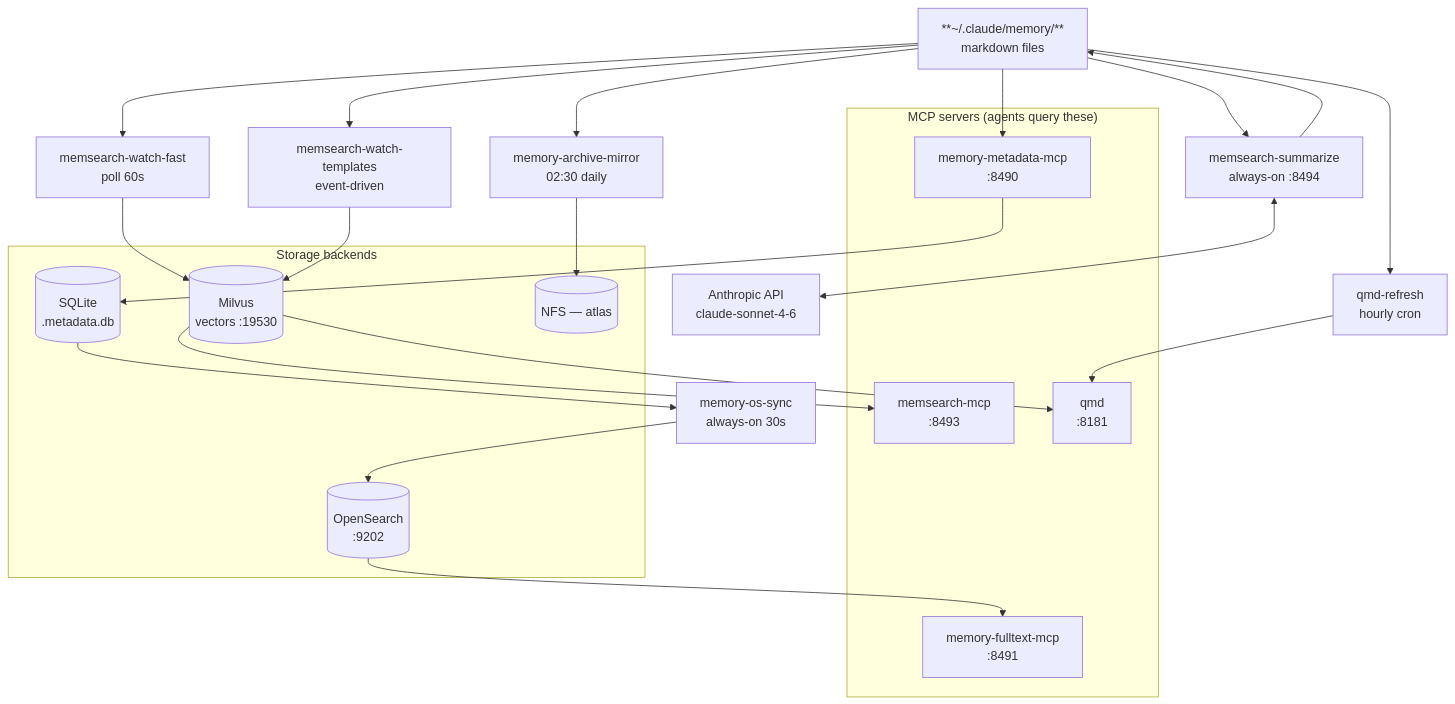
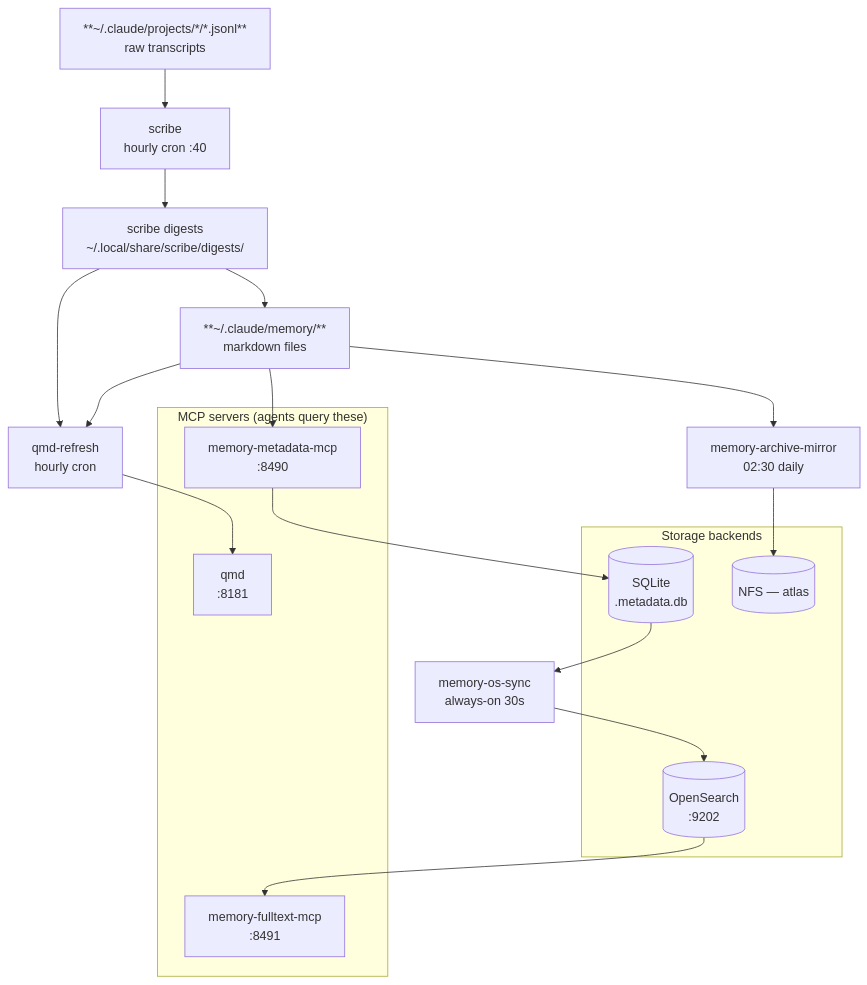
Before and after one commit to TadMSTR/homelab-agent: the second of 2 diagrams in docs/components/memory/memory-services.md, drawn with Mermaid. The commit also changed other lines of this file and 11 other files, not shown here.

First line of the commit message:
docs(memory): retirement sweep for memsearch/Milvus (retired 2026-09-17)

````diff
--- a/docs/components/memory/memory-services.md
+++ b/docs/components/memory/memory-services.md
@@ -184,41 +140,34 @@
 ```mermaid
 flowchart TD
+    transcripts["**~/.claude/projects/*/*.jsonl**\nraw transcripts"]
     files["**~/.claude/memory/**\nmarkdown files"]
 
-    files --> summarize["memsearch-summarize\nalways-on :8494"]
-    summarize <--> anthropic["Anthropic API\nclaude-sonnet-4-6"]
-    summarize --> files
-
-    files --> watch_fast["memsearch-watch-fast\npoll 60s"]
-    files --> watch_tmpl["memsearch-watch-templates\nevent-driven"]
-    watch_fast --> milvus[("Milvus\nvectors :19530")]
-    watch_tmpl --> milvus
-    milvus --> memsearch_mcp["memsearch-mcp\n:8493"]
-    milvus --> qmd_svc["qmd\n:8181"]
+    transcripts --> scribe["scribe\nhourly cron :40"]
+    scribe --> digests["scribe digests\n~/.local/share/scribe/digests/"]
+    digests --> files
 
     files --> qmd_refresh["qmd-refresh\nhourly cron"]
-    qmd_refresh --> qmd_svc
+    digests --> qmd_refresh
+    qmd_refresh --> qmd_svc["qmd\n:8181"]
 
     files --> meta_mcp["memory-metadata-mcp\n:8490"]
     meta_mcp --> sqlite[("SQLite\n.metadata.db")]
     sqlite --> os_sync["memory-os-sync\nalways-on 30s"]
     os_sync --> opensearch[("OpenSearch\n:9202")]
     opensearch --> search_mcp["memory-fulltext-mcp\n:8491"]
 
     files --> archive["memory-archive-mirror\n02:30 daily"]
     archive --> nfs[("NFS — atlas\n<nas-ip>")]
 
     subgraph "MCP servers (agents query these)"
-        memsearch_mcp
         qmd_svc
         meta_mcp
         search_mcp
     end
 
     subgraph "Storage backends"
-        milvus
         sqlite
         opensearch
         nfs
     end
 ```
````
